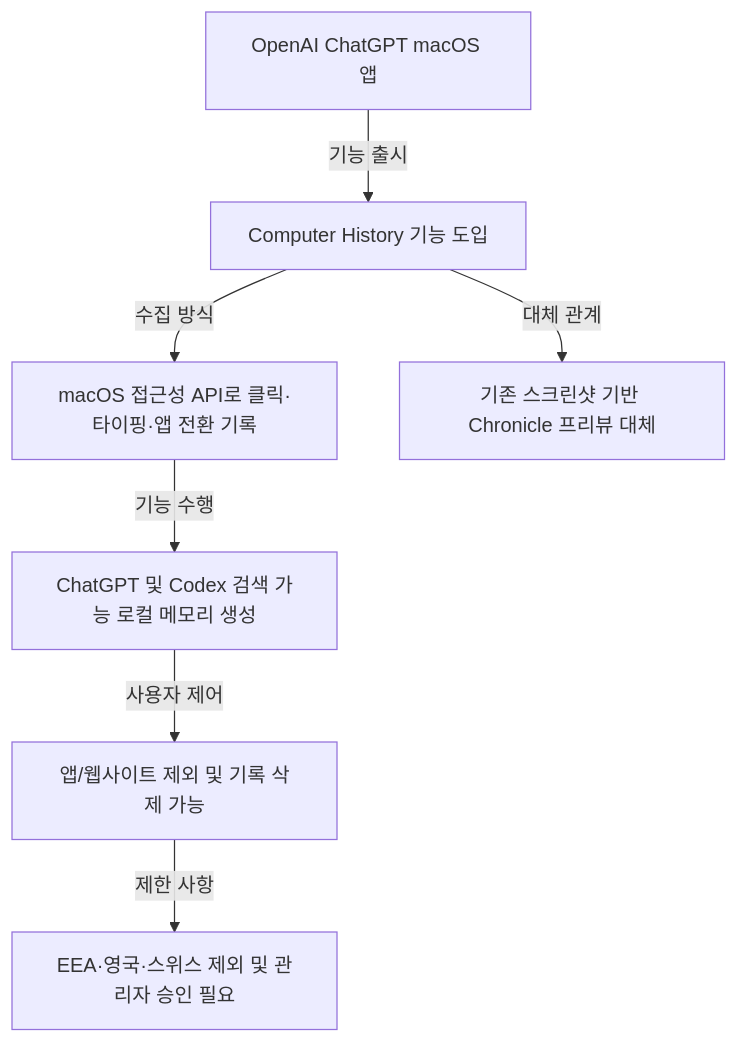
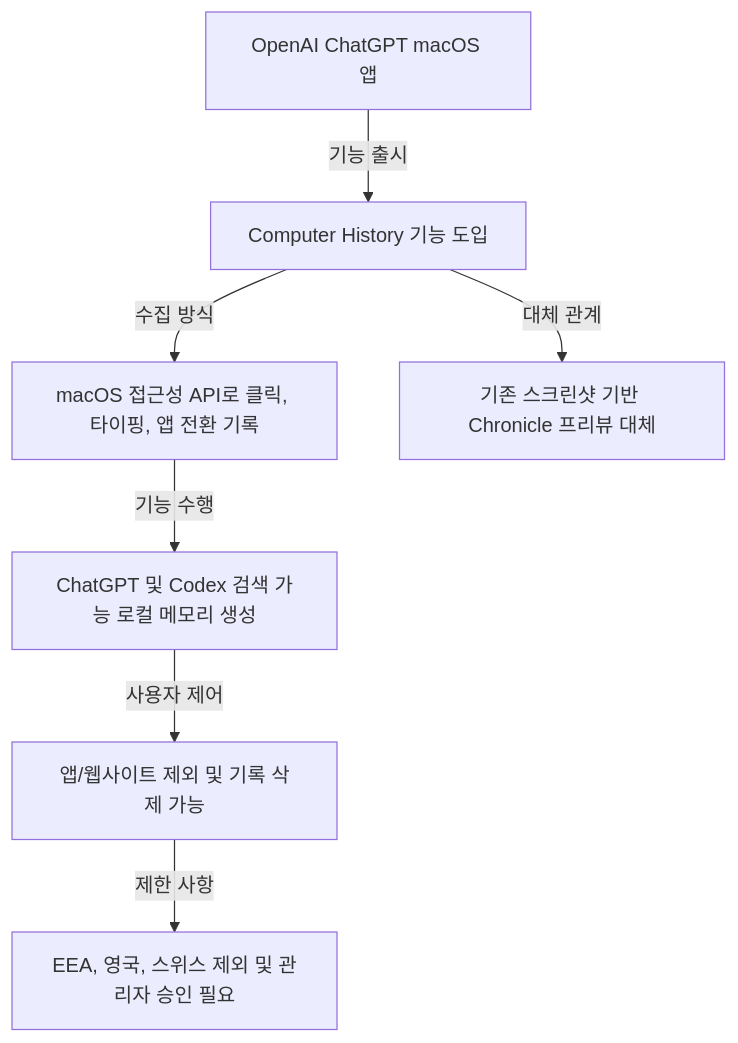
Before and after one commit to jjxxmiin/jjxxmiin.github.io: the first of 3 diagrams in _posts/2026-08-19-openai-launches-opt-in-computer-history-feature-in-chatgpt-macos-app.md, drawn with Mermaid. The commit also changed other lines of this file and 624 other files, not shown here.

````diff
--- a/_posts/2026-08-19-openai-launches-opt-in-computer-history-feature-in-chatgpt-macos-app.md
+++ b/_posts/2026-08-19-openai-launches-opt-in-computer-history-feature-in-chatgpt-macos-app.md
@@ -65,9 +69,9 @@
 ```mermaid
 graph TD
     A[OpenAI ChatGPT macOS 앱] -->|기능 출시| B[Computer History 기능 도입]
-    B -->|수집 방식| C[macOS 접근성 API로 클릭·타이핑·앱 전환 기록]
+    B -->|수집 방식| C[macOS 접근성 API로 클릭, 타이핑, 앱 전환 기록]
     B -->|대체 관계| D[기존 스크린샷 기반 Chronicle 프리뷰 대체]
     C -->|기능 수행| E[ChatGPT 및 Codex 검색 가능 로컬 메모리 생성]
     E -->|사용자 제어| F[앱/웹사이트 제외 및 기록 삭제 가능]
-    F -->|제한 사항| G[EEA·영국·스위스 제외 및 관리자 승인 필요]
+    F -->|제한 사항| G[EEA, 영국, 스위스 제외 및 관리자 승인 필요]
 ```
````
